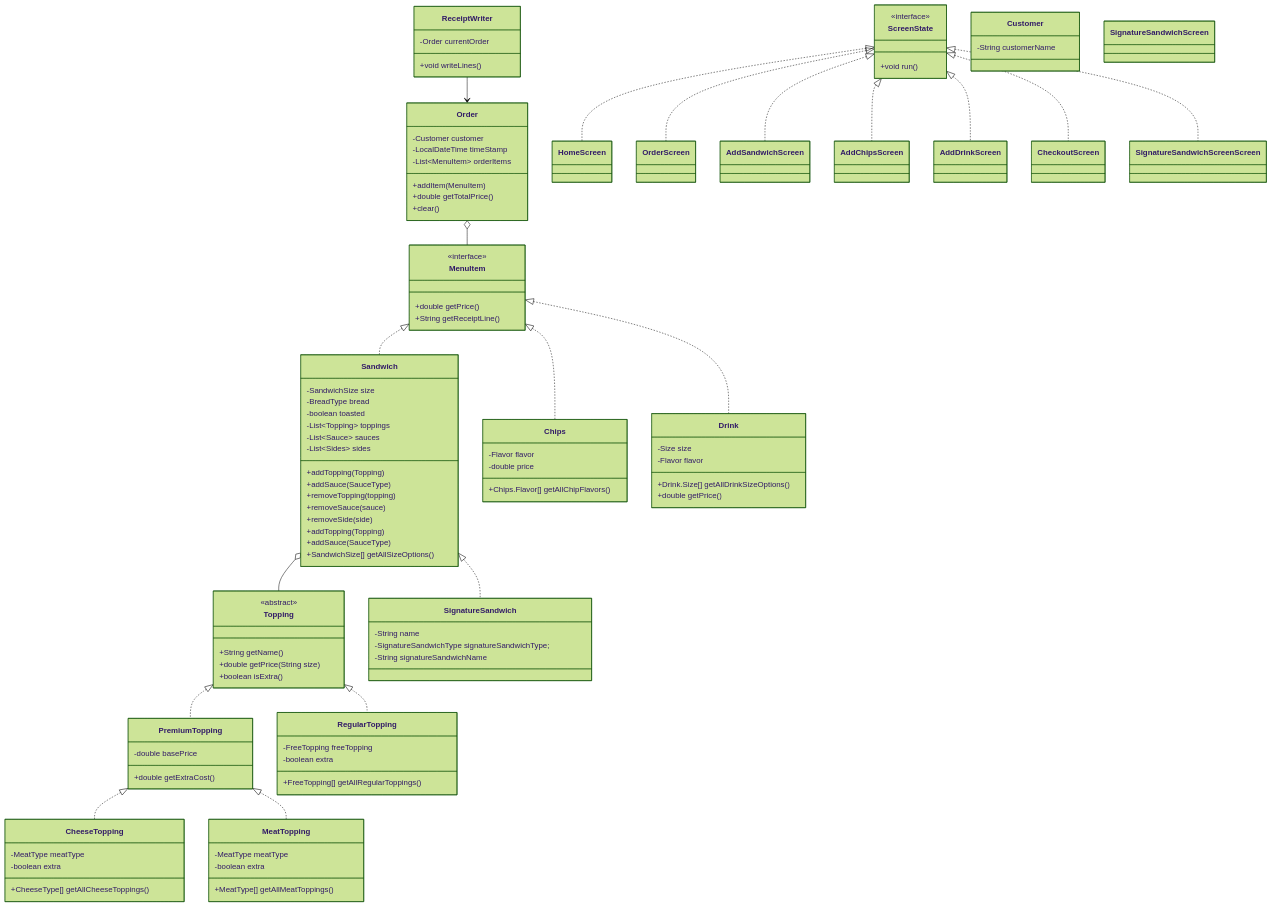
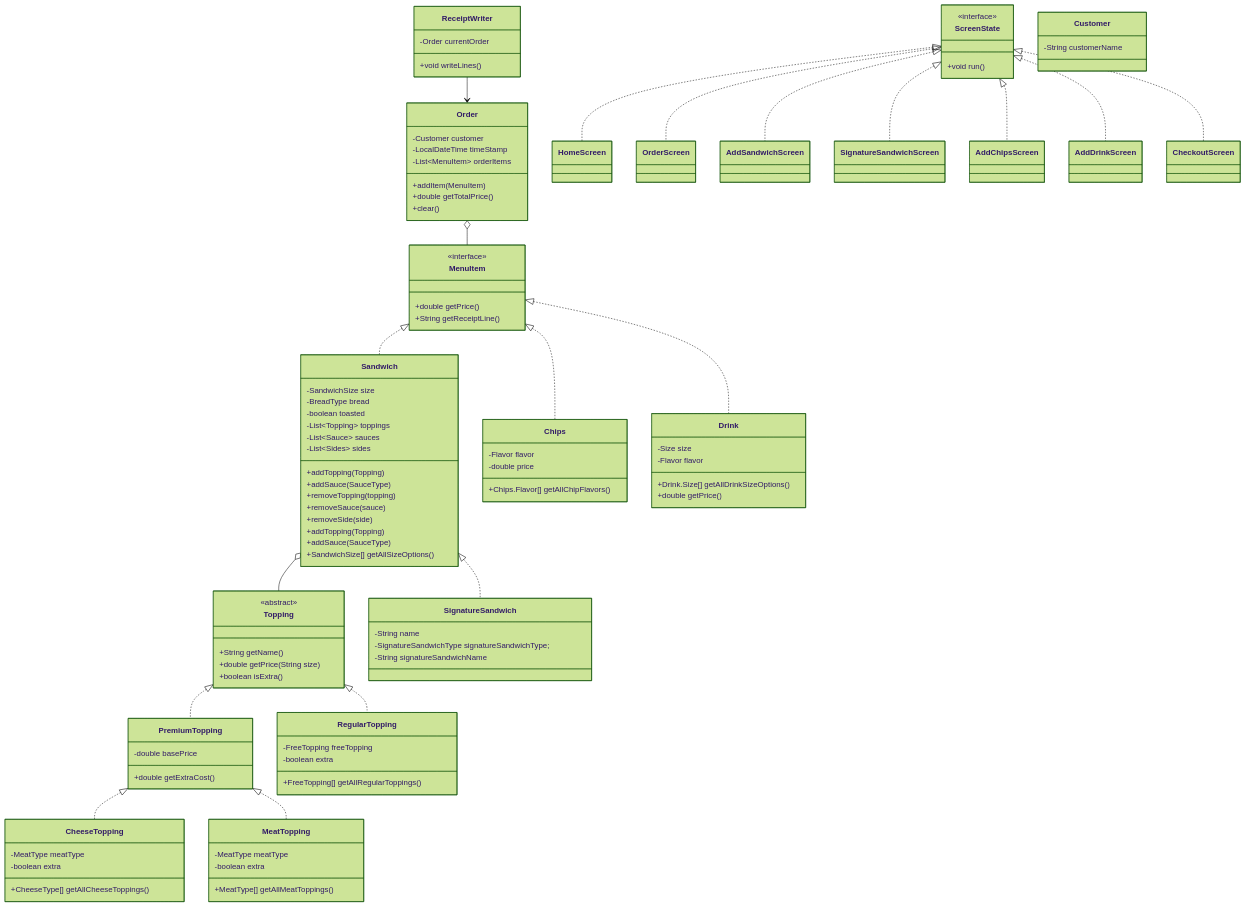
Before and after one commit to annaharbour/deli-cious: the diagram in README.md, drawn with Mermaid (forest theme).

Commit message:
Update README.md
typo

```diff
--- a/README.md
+++ b/README.md
@@ -127,7 +127,7 @@
     ScreenState <|.. AddSandwichScreen
     ScreenState <|.. AddDrinkScreen
     ScreenState <|.. CheckoutScreen
-    ScreenState <|.. SignatureSandwichScreenScreen
+    ScreenState <|.. SignatureSandwichScreen
     ScreenState <|.. AddChipsScreen
 
 
```
